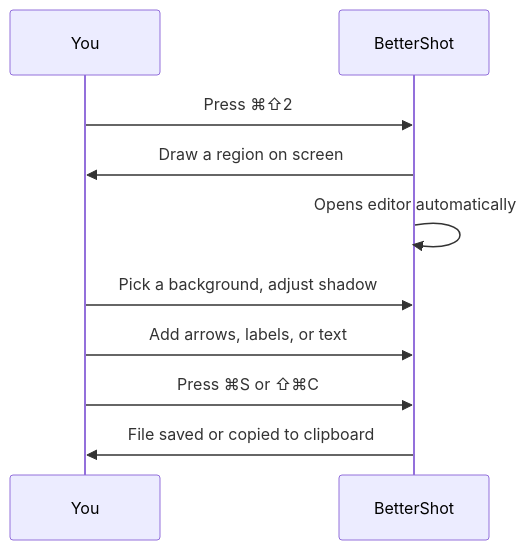
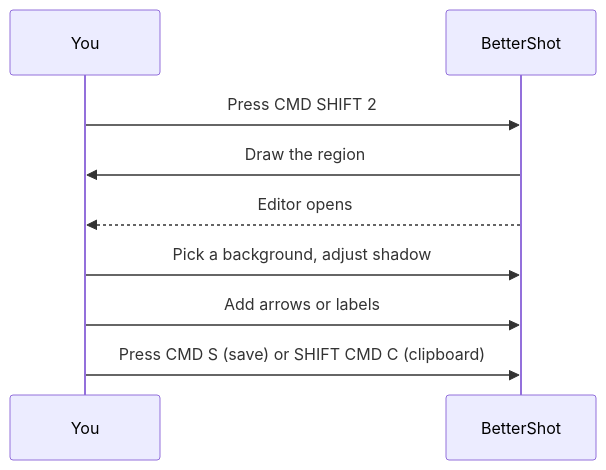
The second of 2 diagrams in README.md (luongnv89/better-shot), drawn with Mermaid before and after one commit. The commit also changed other lines of this file and 2 other files, not shown here.

````diff
--- a/README.md
+++ b/README.md
@@ -32,13 +119,11 @@
 ```mermaid
 sequenceDiagram
     participant You
     participant BetterShot
-
-    You->>BetterShot: Press ⌘⇧2
-    BetterShot->>You: Draw a region on screen
-    BetterShot->>BetterShot: Opens editor automatically
+    You->>BetterShot: Press CMD SHIFT 2
+    BetterShot->>You: Draw the region
+    BetterShot-->>You: Editor opens
     You->>BetterShot: Pick a background, adjust shadow
-    You->>BetterShot: Add arrows, labels, or text
-    You->>BetterShot: Press ⌘S or ⇧⌘C
-    BetterShot->>You: File saved or copied to clipboard
+    You->>BetterShot: Add arrows or labels
+    You->>BetterShot: Press CMD S (save) or SHIFT CMD C (clipboard)
 ```
````
